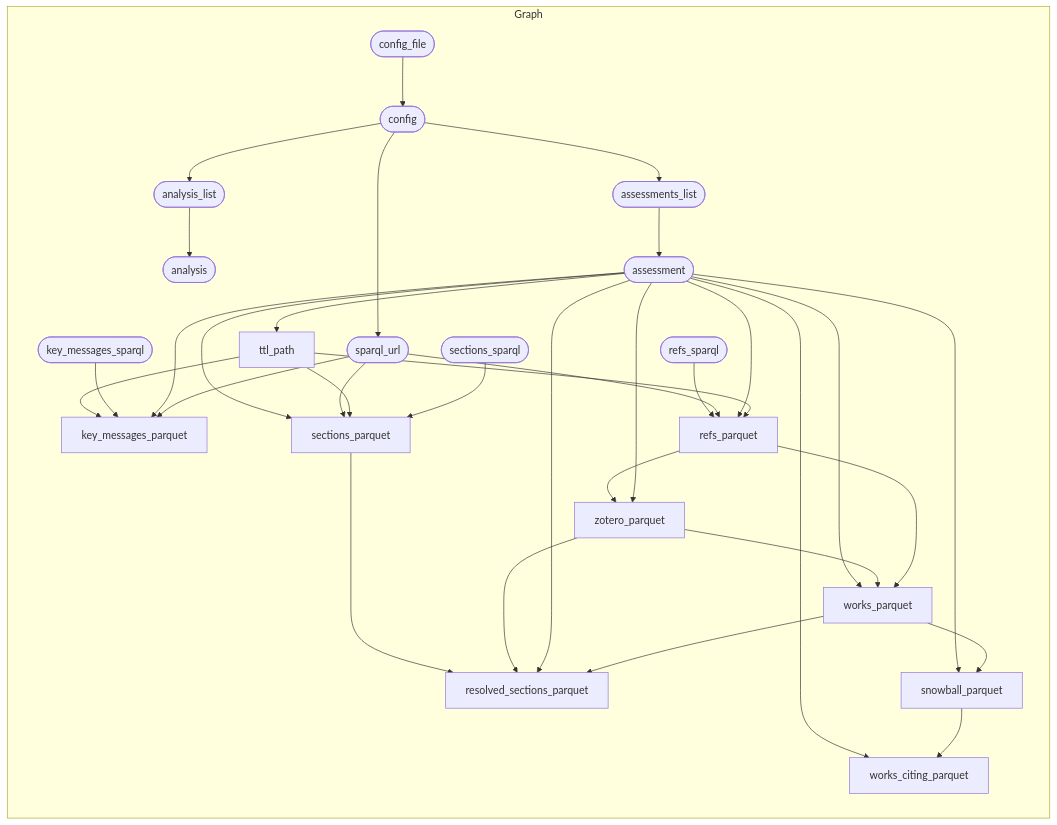
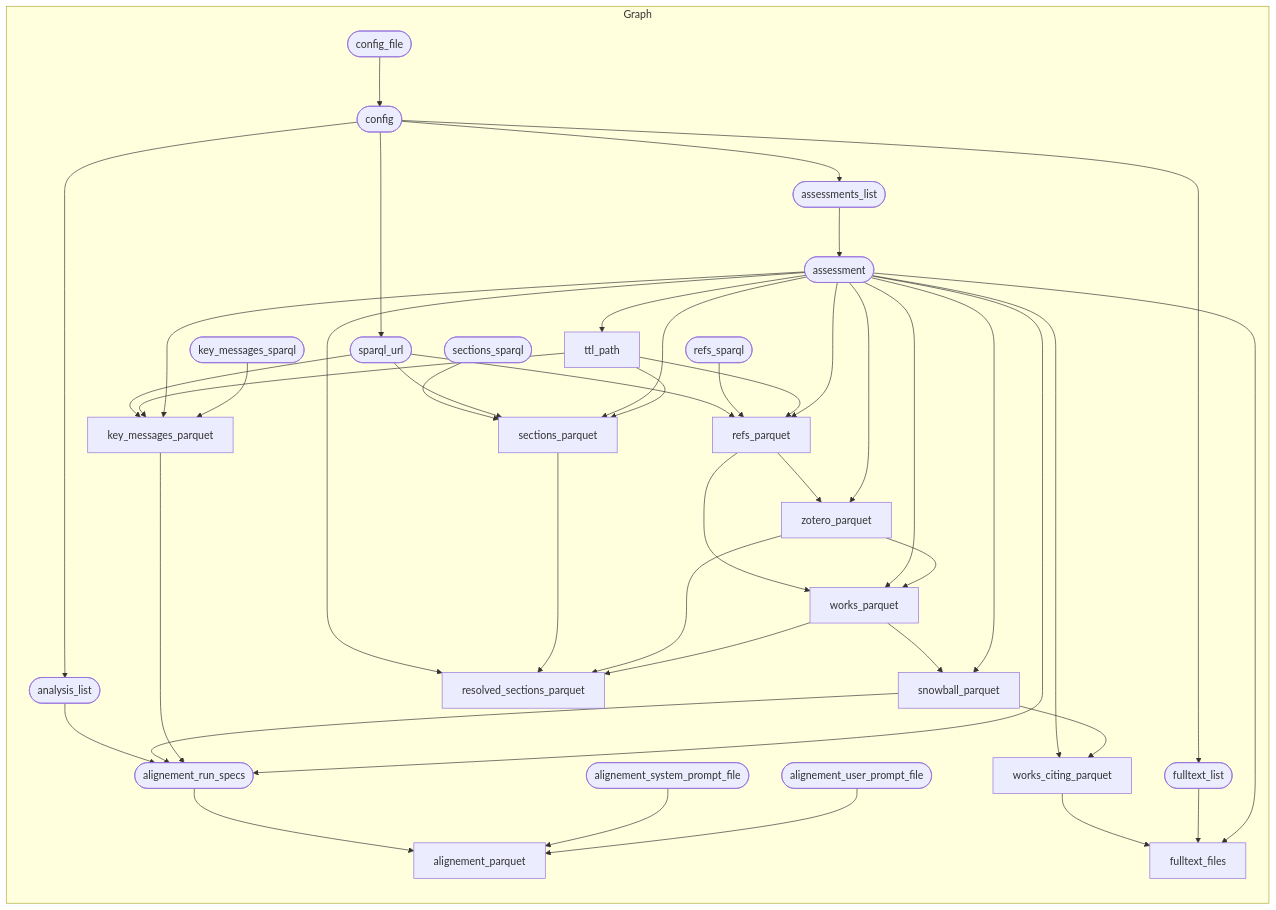
The diagram in input/mmd/pipeline.mmd (IPBES-Data/IPBES_BM_Fact_Checker), drawn with Mermaid before and after one commit. The commit also changed 20 other files, not shown here.

First line of the commit message:
Add fulltext download, alignement scoring, and update all docs

```diff
--- a/input/mmd/pipeline.mmd
+++ b/input/mmd/pipeline.mmd
@@ -1,37 +1,47 @@
 graph TD
   subgraph Graph
     direction TD
-    x63a1542820687fc8(["analysis_list"]) --> xf0254a5524e3a161(["analysis"])
+    xebff60497f6620d9(["alignement_run_specs"]) --> x9849fd19551b97ed["alignement_parquet"]
+    x43f85d41e2b71f3f(["alignement_system_prompt_file"]) --> x9849fd19551b97ed["alignement_parquet"]
+    xe3a3f6b5df791859(["alignement_user_prompt_file"]) --> x9849fd19551b97ed["alignement_parquet"]
+    x63a1542820687fc8(["analysis_list"]) --> xebff60497f6620d9(["alignement_run_specs"])
+    xdb22778f9ff9b079["snowball_parquet"] --> xebff60497f6620d9(["alignement_run_specs"])
+    x1b5c1cdf9ba064e4["key_messages_parquet"] --> xebff60497f6620d9(["alignement_run_specs"])
+    x7096e63b1af7fc2e(["assessment"]) --> xebff60497f6620d9(["alignement_run_specs"])
     x20aa1e7dd2a106e5(["config"]) --> x63a1542820687fc8(["analysis_list"])
     xf8f6f156e3c3b679(["assessments_list"]) --> x7096e63b1af7fc2e(["assessment"])
     x20aa1e7dd2a106e5(["config"]) --> xf8f6f156e3c3b679(["assessments_list"])
     x9909b451a6a56060(["config_file"]) --> x20aa1e7dd2a106e5(["config"])
+    x6bd40d1623e4b2a6["works_citing_parquet"] --> x0ae42c40c8a26599["fulltext_files"]
+    x8a0deb79ae55ae78(["fulltext_list"]) --> x0ae42c40c8a26599["fulltext_files"]
+    x7096e63b1af7fc2e(["assessment"]) --> x0ae42c40c8a26599["fulltext_files"]
+    x20aa1e7dd2a106e5(["config"]) --> x8a0deb79ae55ae78(["fulltext_list"])
+    xcae032f895dcdbee(["sparql_url"]) --> x1b5c1cdf9ba064e4["key_messages_parquet"]
     xda2ef7d9d7074388["ttl_path"] --> x1b5c1cdf9ba064e4["key_messages_parquet"]
+    x7096e63b1af7fc2e(["assessment"]) --> x1b5c1cdf9ba064e4["key_messages_parquet"]
     x71e70b33567e8c77(["key_messages_sparql"]) --> x1b5c1cdf9ba064e4["key_messages_parquet"]
-    x7096e63b1af7fc2e(["assessment"]) --> x1b5c1cdf9ba064e4["key_messages_parquet"]
-    xcae032f895dcdbee(["sparql_url"]) --> x1b5c1cdf9ba064e4["key_messages_parquet"]
+    xcae032f895dcdbee(["sparql_url"]) --> x4c5608b5b57c599b["refs_parquet"]
     xf258716a437e6a24(["refs_sparql"]) --> x4c5608b5b57c599b["refs_parquet"]
-    xcae032f895dcdbee(["sparql_url"]) --> x4c5608b5b57c599b["refs_parquet"]
+    xda2ef7d9d7074388["ttl_path"] --> x4c5608b5b57c599b["refs_parquet"]
     x7096e63b1af7fc2e(["assessment"]) --> x4c5608b5b57c599b["refs_parquet"]
-    xda2ef7d9d7074388["ttl_path"] --> x4c5608b5b57c599b["refs_parquet"]
+    x7096e63b1af7fc2e(["assessment"]) --> x65df84899286d535["resolved_sections_parquet"]
     xc27197d40d6acf57["sections_parquet"] --> x65df84899286d535["resolved_sections_parquet"]
     xe6d26d705b0e239b["zotero_parquet"] --> x65df84899286d535["resolved_sections_parquet"]
-    x7096e63b1af7fc2e(["assessment"]) --> x65df84899286d535["resolved_sections_parquet"]
     x31e4fc98a3c6921c["works_parquet"] --> x65df84899286d535["resolved_sections_parquet"]
+    xbaf7d5ee2a70bea4(["sections_sparql"]) --> xc27197d40d6acf57["sections_parquet"]
+    xcae032f895dcdbee(["sparql_url"]) --> xc27197d40d6acf57["sections_parquet"]
     x7096e63b1af7fc2e(["assessment"]) --> xc27197d40d6acf57["sections_parquet"]
-    xcae032f895dcdbee(["sparql_url"]) --> xc27197d40d6acf57["sections_parquet"]
     xda2ef7d9d7074388["ttl_path"] --> xc27197d40d6acf57["sections_parquet"]
-    xbaf7d5ee2a70bea4(["sections_sparql"]) --> xc27197d40d6acf57["sections_parquet"]
+    x31e4fc98a3c6921c["works_parquet"] --> xdb22778f9ff9b079["snowball_parquet"]
     x7096e63b1af7fc2e(["assessment"]) --> xdb22778f9ff9b079["snowball_parquet"]
-    x31e4fc98a3c6921c["works_parquet"] --> xdb22778f9ff9b079["snowball_parquet"]
     x20aa1e7dd2a106e5(["config"]) --> xcae032f895dcdbee(["sparql_url"])
     x7096e63b1af7fc2e(["assessment"]) --> xda2ef7d9d7074388["ttl_path"]
     x7096e63b1af7fc2e(["assessment"]) --> x6bd40d1623e4b2a6["works_citing_parquet"]
     xdb22778f9ff9b079["snowball_parquet"] --> x6bd40d1623e4b2a6["works_citing_parquet"]
+    x4c5608b5b57c599b["refs_parquet"] --> x31e4fc98a3c6921c["works_parquet"]
     x7096e63b1af7fc2e(["assessment"]) --> x31e4fc98a3c6921c["works_parquet"]
     xe6d26d705b0e239b["zotero_parquet"] --> x31e4fc98a3c6921c["works_parquet"]
-    x4c5608b5b57c599b["refs_parquet"] --> x31e4fc98a3c6921c["works_parquet"]
     x4c5608b5b57c599b["refs_parquet"] --> xe6d26d705b0e239b["zotero_parquet"]
     x7096e63b1af7fc2e(["assessment"]) --> xe6d26d705b0e239b["zotero_parquet"]
     
   end
```
